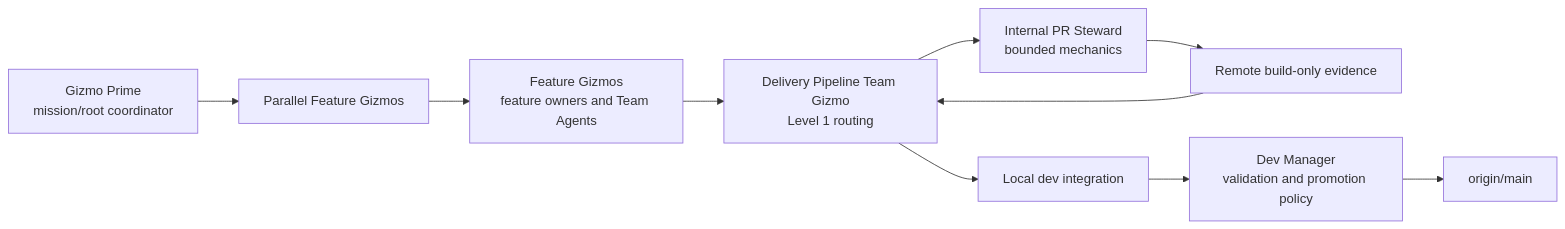
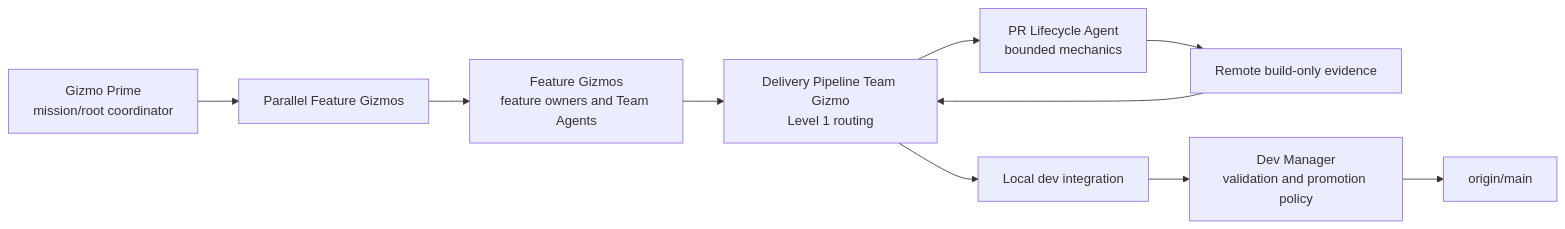
Before and after one commit to meta-secret/nook: the second of 12 diagrams in .cortex/gizmo-prime/architecture/multiagent-delivery-diagrams.md, drawn with Mermaid. The commit also changed other lines of this file and 45 other files, not shown here.

````diff
--- a/.cortex/gizmo-prime/architecture/multiagent-delivery-diagrams.md
+++ b/.cortex/gizmo-prime/architecture/multiagent-delivery-diagrams.md
@@ -68,16 +92,16 @@
 ```mermaid
 flowchart LR
     Prime["Gizmo Prime<br/>mission/root coordinator"]
     Feature["Feature Gizmos<br/>feature owners and Team Agents"]
     Pipeline["Delivery Pipeline Team Gizmo<br/>Level 1 routing"]
-    Steward["Internal PR Steward<br/>bounded mechanics"]
+    Steward["PR Lifecycle Agent<br/>bounded mechanics"]
     Checks["Remote build-only evidence"]
     Parallel["Parallel Feature Gizmos"]
     Dev["Local dev integration"]
     Validation["Dev Manager<br/>validation and promotion policy"]
     Main["origin/main"]
 
     Prime --> Parallel
     Parallel --> Feature --> Pipeline --> Steward --> Checks
     Checks --> Pipeline --> Dev --> Validation --> Main
 ```
````
